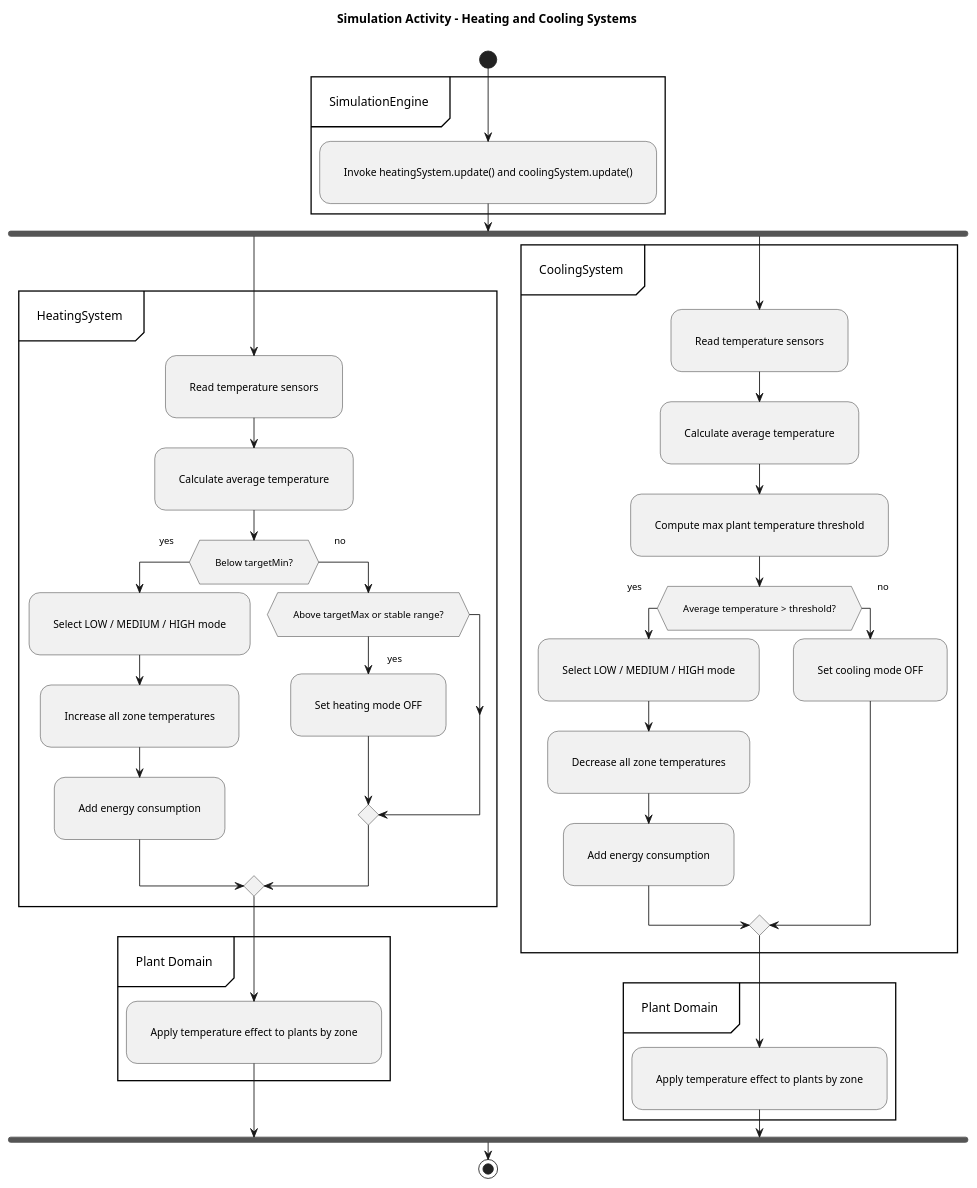
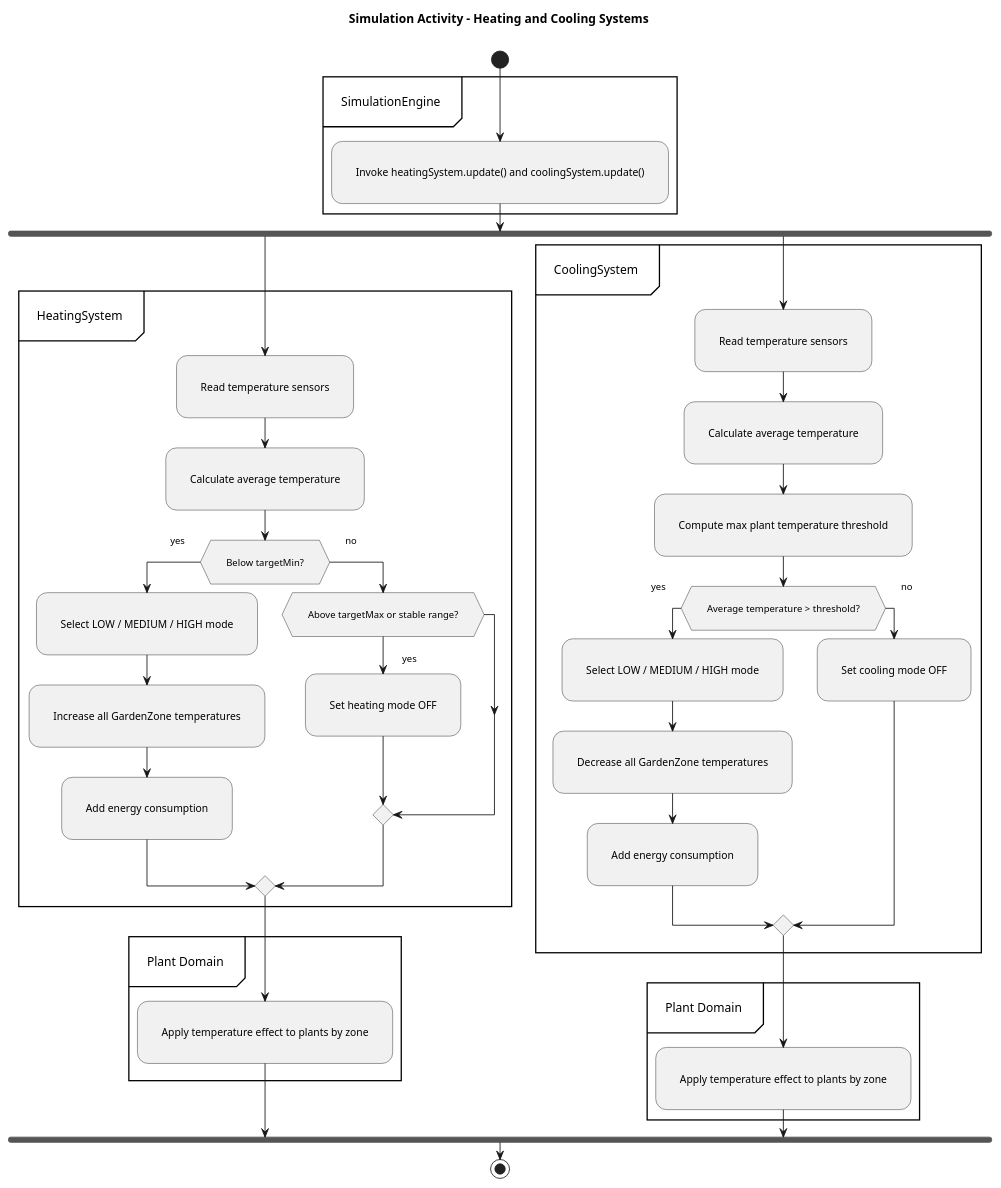
Before and after one commit to scientifios/computerizedgarden_csen275_group5: the diagram in docs_csen275_winter26/jjl/activity_simulation_temperature_systems.puml, drawn with PlantUML. The commit also changed 8 other files, not shown here.

Commit message:
diagram updated with refactor

```diff
--- a/docs_csen275_winter26/jjl/activity_simulation_temperature_systems.puml
+++ b/docs_csen275_winter26/jjl/activity_simulation_temperature_systems.puml
@@ -1,56 +1,56 @@
 @startuml Activity_Simulation_TemperatureSystems
 title Simulation Activity - Heating and Cooling Systems
 
 skinparam backgroundColor white
 skinparam shadowing false
 skinparam ranksep 110
 skinparam nodesep 80
 skinparam Padding 18
 skinparam ArrowThickness 1
 skinparam linetype ortho
 
 start
 
 partition "SimulationEngine" {
   :Invoke heatingSystem.update() and coolingSystem.update();
 }
 
 fork
   partition "HeatingSystem" {
     :Read temperature sensors;
     :Calculate average temperature;
     if (Below targetMin?) then (yes)
       :Select LOW / MEDIUM / HIGH mode;
-      :Increase all zone temperatures;
+      :Increase all GardenZone temperatures;
       :Add energy consumption;
     else (no)
       if (Above targetMax or stable range?) then (yes)
         :Set heating mode OFF;
       endif
     endif
   }
 
   partition "Plant Domain" {
     :Apply temperature effect to plants by zone;
   }
 fork again
   partition "CoolingSystem" {
     :Read temperature sensors;
     :Calculate average temperature;
     :Compute max plant temperature threshold;
     if (Average temperature > threshold?) then (yes)
       :Select LOW / MEDIUM / HIGH mode;
-      :Decrease all zone temperatures;
+      :Decrease all GardenZone temperatures;
       :Add energy consumption;
     else (no)
       :Set cooling mode OFF;
     endif
   }
 
   partition "Plant Domain" {
     :Apply temperature effect to plants by zone;
   }
 end fork
 
 stop
 @enduml
```
